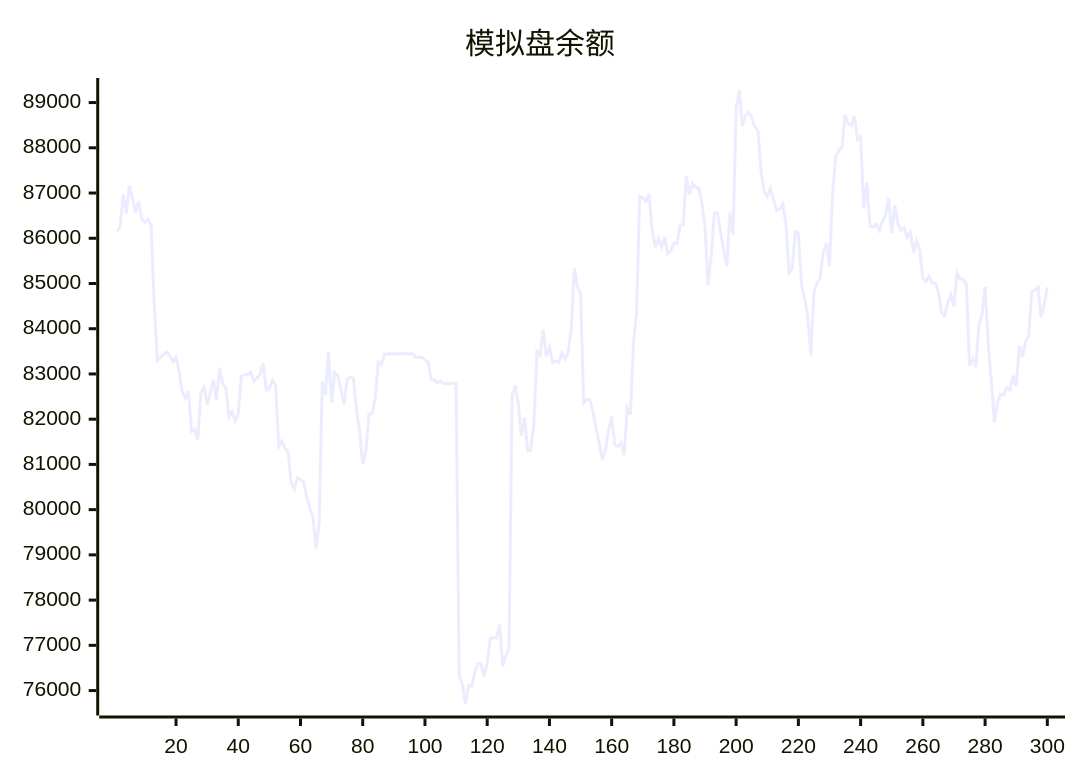
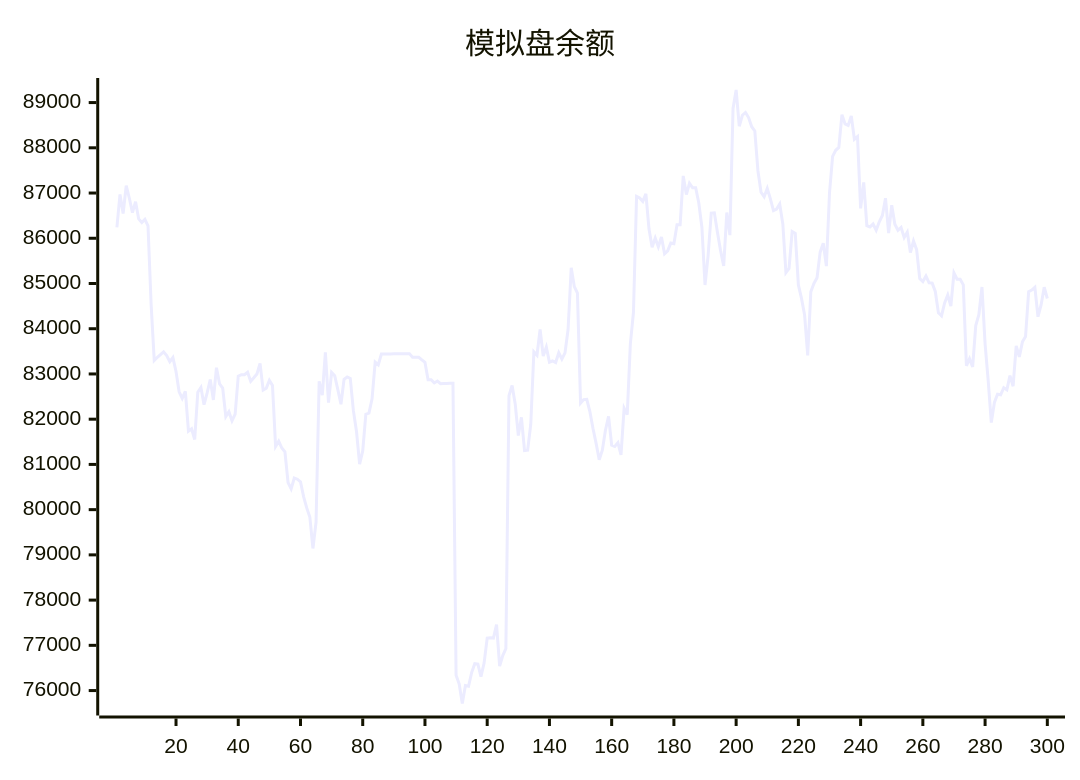
Before and after one commit to aahl/ai-trading: the diagram in README.md, drawn with Mermaid. The commit also changed other lines of this file and 1 other file, not shown here.

````diff
--- a/README.md
+++ b/README.md
@@ -5,5 +5,5 @@
 ```mermaid
 xychart
     title "模拟盘余额"
-    line [86152,86243,86969,86548,87164,86885,86566,86809,86427,86348,86417,86273,84538,83299,83369,83430,83490,83404,83270,83362,83056,82605,82459,82614,81734,81788,81551,82598,82702,82320,82580,82878,82426,83139,82778,82686,82056,82166,81963,82110,82951,82983,82984,83038,82838,82915,82998,83235,82642,82682,82858,82746,81396,81512,81362,81277,80600,80461,80699,80673,80616,80288,80038,79836,79142,79722,82837,82533,83480,82366,83032,82960,82654,82330,82883,82934,82901,82188,81728,81005,81298,82110,82135,82449,83264,83203,83440,83439,83440,83440,83446,83447,83448,83447,83448,83449,83369,83369,83369,83313,83256,82872,82873,82801,82844,82785,82791,82791,82793,82794,76339,76145,75714,76110,76096,76397,76594,76585,76310,76607,77160,77170,77160,77456,76541,76774,76927,82520,82744,82337,81639,82040,81307,81314,81887,83490,83414,83984,83396,83594,83261,83287,83253,83470,83327,83465,83987,85348,84930,84786,82355,82433,82438,82167,81795,81466,81105,81315,81756,82064,81426,81398,81481,81210,82242,82099,83658,84359,86925,86892,86814,86980,86203,85802,86003,85811,86028,85657,85721,85896,85880,86300,86299,87378,86965,87214,87115,87118,86780,86238,84966,85623,86555,86562,86129,85722,85387,86569,86070,88870,89278,88477,88720,88781,88668,88467,88372,87493,87018,86917,87102,86870,86613,86644,86758,86317,85242,85334,86149,86106,84968,84671,84302,83410,84816,85001,85127,85693,85891,85384,87001,87811,87945,88007,88734,88528,88495,88705,88189,88248,86662,87234,86279,86251,86314,86177,86364,86503,86886,86114,86731,86310,86176,86240,86017,86136,85685,85938,85749,85111,85044,85164,85016,85008,84824,84354,84287,84572,84745,84500,85234,85096,85095,84970,83180,83338,83157,84070,84309,84922,83667,82850,81924,82369,82552,82539,82695,82648,82962,82728,83619,83378,83710,83825,84819,84854,84917,84265,84527,84919]
+    line [86243,86969,86548,87164,86885,86566,86809,86427,86348,86417,86273,84538,83299,83369,83430,83490,83404,83270,83362,83056,82605,82459,82614,81734,81788,81551,82598,82702,82320,82580,82878,82426,83139,82778,82686,82056,82166,81963,82110,82951,82983,82984,83038,82838,82915,82998,83235,82642,82682,82858,82746,81396,81512,81362,81277,80600,80461,80699,80673,80616,80288,80038,79836,79142,79722,82837,82533,83480,82366,83032,82960,82654,82330,82883,82934,82901,82188,81728,81005,81298,82110,82135,82449,83264,83203,83440,83439,83440,83440,83446,83447,83448,83447,83448,83449,83369,83369,83369,83313,83256,82872,82873,82801,82844,82785,82791,82791,82793,82794,76339,76145,75714,76110,76096,76397,76594,76585,76310,76607,77160,77170,77160,77456,76541,76774,76927,82520,82744,82337,81639,82040,81307,81314,81887,83490,83414,83984,83396,83594,83261,83287,83253,83470,83327,83465,83987,85348,84930,84786,82355,82433,82438,82167,81795,81466,81105,81315,81756,82064,81426,81398,81481,81210,82242,82099,83658,84359,86925,86892,86814,86980,86203,85802,86003,85811,86028,85657,85721,85896,85880,86300,86299,87378,86965,87214,87115,87118,86780,86238,84966,85623,86555,86562,86129,85722,85387,86569,86070,88870,89278,88477,88720,88781,88668,88467,88372,87493,87018,86917,87102,86870,86613,86644,86758,86317,85242,85334,86149,86106,84968,84671,84302,83410,84816,85001,85127,85693,85891,85384,87001,87811,87945,88007,88734,88528,88495,88705,88189,88248,86662,87234,86279,86251,86314,86177,86364,86503,86886,86114,86731,86310,86176,86240,86017,86136,85685,85938,85749,85111,85044,85164,85016,85008,84824,84354,84287,84572,84745,84500,85234,85096,85095,84970,83180,83338,83157,84070,84309,84922,83667,82850,81924,82369,82552,82539,82695,82648,82962,82728,83619,83378,83710,83825,84819,84854,84917,84265,84527,84919,84668]
 ```
````
